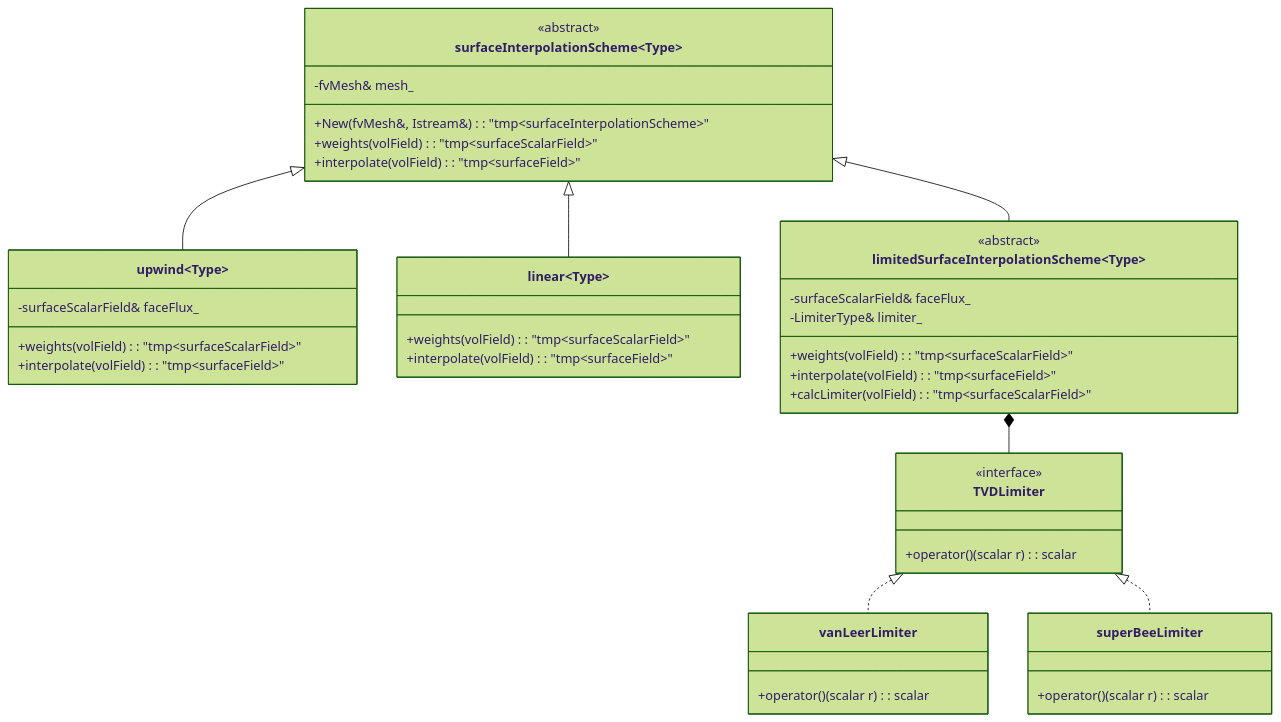
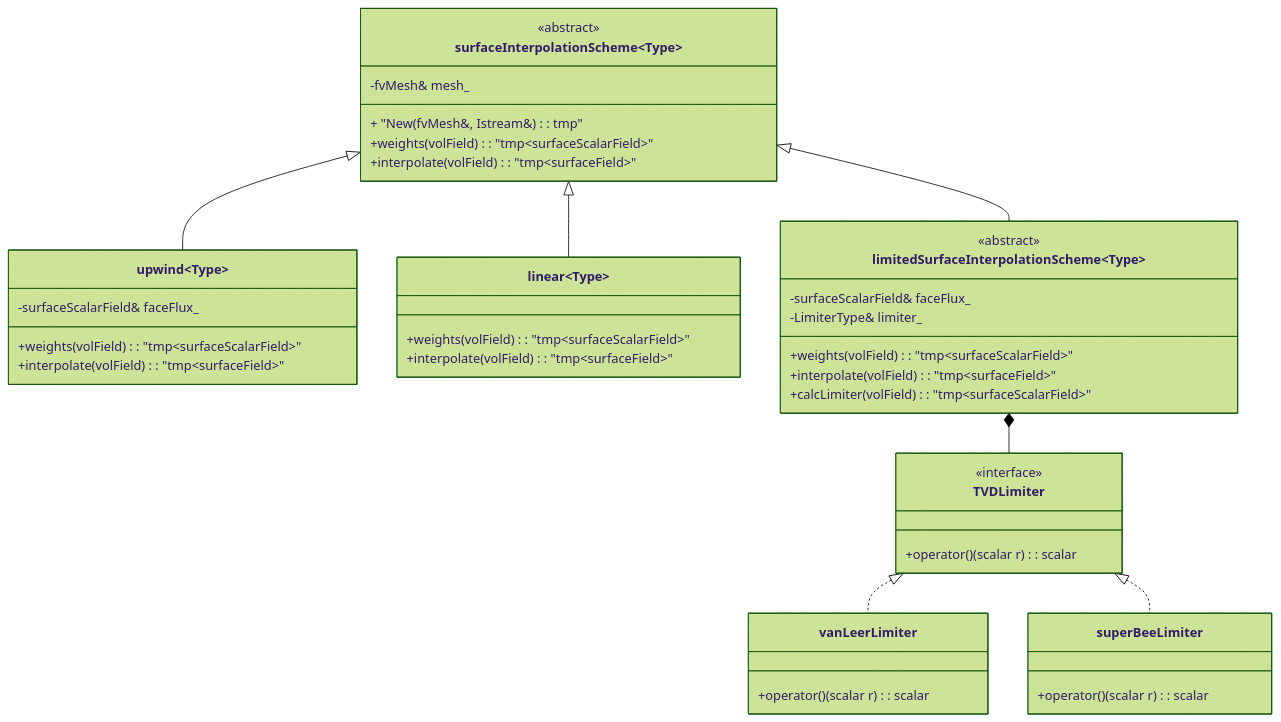
One commit to wramet/build-my-cfd changed the diagram in daily_learning/Phase_01_Foundation_Theory/2026-01-03.md. Above: the diagram before and after it, drawn with Mermaid (forest theme). The commit also changed other lines of this file and 22 other files, not shown here.

````diff
--- a/daily_learning/Phase_01_Foundation_Theory/2026-01-03.md
+++ b/daily_learning/Phase_01_Foundation_Theory/2026-01-03.md
@@ -1307,53 +1325,53 @@
 ```mermaid
 classDiagram
     direction TB
 
     class surfaceInterpolationScheme~Type~ {
         <<abstract>>
         -fvMesh& mesh_
-        +New(fvMesh&, Istream&) : "tmp~surfaceInterpolationScheme~"
+        + "New(fvMesh&, Istream&) : tmp<surfaceInterpolationScheme>"
         +weights(volField) : "tmp~surfaceScalarField~"
         +interpolate(volField) : "tmp~surfaceField~"
     }
 
     class upwind~Type~ {
         -surfaceScalarField& faceFlux_
         +weights(volField) : "tmp~surfaceScalarField~"
         +interpolate(volField) : "tmp~surfaceField~"
     }
 
     class linear~Type~ {
         +weights(volField) : "tmp~surfaceScalarField~"
         +interpolate(volField) : "tmp~surfaceField~"
     }
 
     class limitedSurfaceInterpolationScheme~Type~ {
         <<abstract>>
         -surfaceScalarField& faceFlux_
         -LimiterType& limiter_
         +weights(volField) : "tmp~surfaceScalarField~"
         +interpolate(volField) : "tmp~surfaceField~"
         +calcLimiter(volField) : "tmp~surfaceScalarField~"
     }
 
     surfaceInterpolationScheme <|-- upwind
     surfaceInterpolationScheme <|-- linear
     surfaceInterpolationScheme <|-- limitedSurfaceInterpolationScheme
     
     class TVDLimiter {
         <<interface>>
         +operator()(scalar r) : scalar
     }
     
     class vanLeerLimiter {
         +operator()(scalar r) : scalar
     }
     
     class superBeeLimiter {
         +operator()(scalar r) : scalar
     }
     
     TVDLimiter <|.. vanLeerLimiter
     TVDLimiter <|.. superBeeLimiter
     limitedSurfaceInterpolationScheme *-- TVDLimiter
 ```
````
